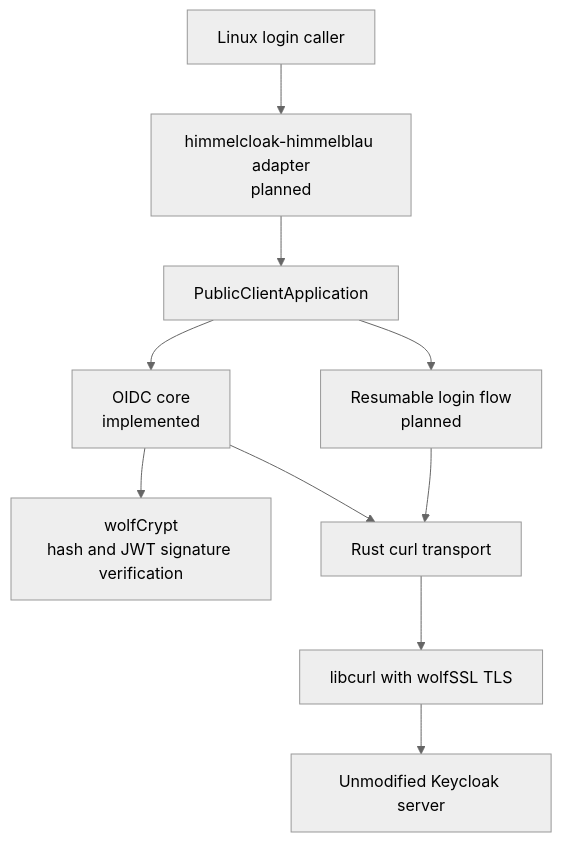
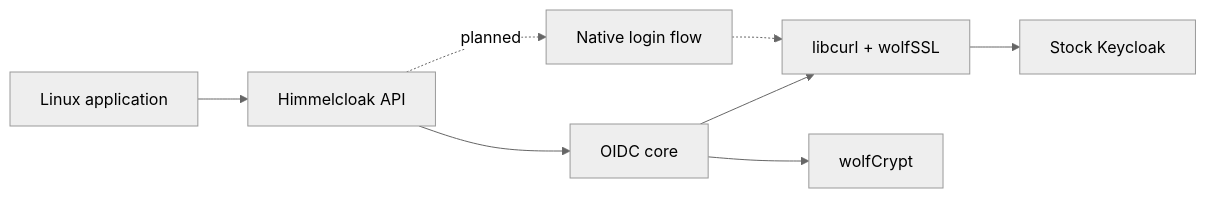
The diagram in docs/Architecture.md (aidangarske/himmelcloak), drawn with Mermaid (neutral theme) before and after one commit. The commit also changed other lines of this file and 47 other files, not shown here.

Commit message:
Keep Himmelcloak standalone and harden OIDC testing

````diff
--- a/docs/Architecture.md
+++ b/docs/Architecture.md
@@ -7,12 +7,9 @@
 ```mermaid
-flowchart TB
-    LOGIN[Linux login caller] --> ADAPTER[himmelcloak-himmelblau adapter<br/>planned]
-    ADAPTER --> API[PublicClientApplication]
-    API --> OIDC[OIDC core<br/>implemented]
-    API --> FLOW[Resumable login flow<br/>planned]
-    OIDC --> CRYPTO[wolfCrypt<br/>hash and JWT signature verification]
-    OIDC --> HTTP[Rust curl transport]
-    FLOW --> HTTP
-    HTTP --> TLS[libcurl with wolfSSL TLS]
-    TLS --> KC[Unmodified Keycloak server]
+flowchart LR
+    APP[Linux application] --> API[Himmelcloak API]
+    API --> OIDC[OIDC core]
+    API -. planned .-> FLOW[Native login flow]
+    OIDC --> HTTP[libcurl + wolfSSL] --> KC[Stock Keycloak]
+    OIDC --> CRYPTO[wolfCrypt]
+    FLOW -.-> HTTP
 ```
````
